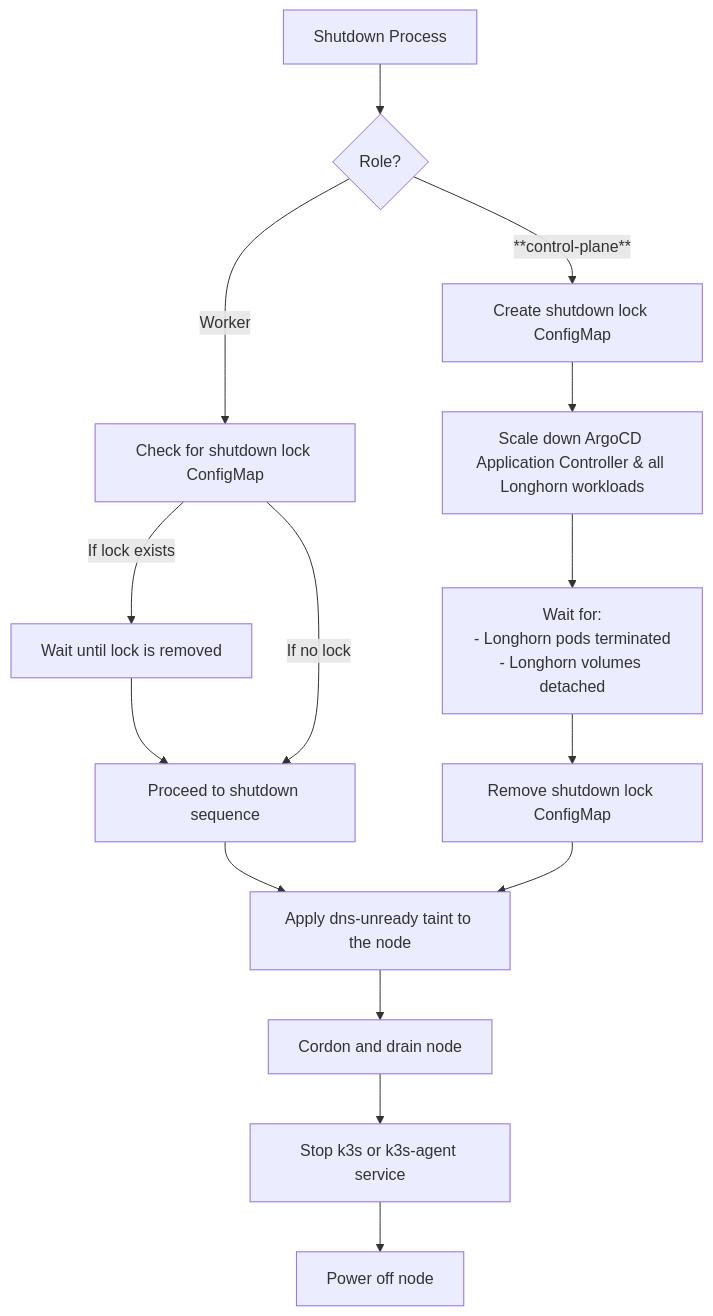
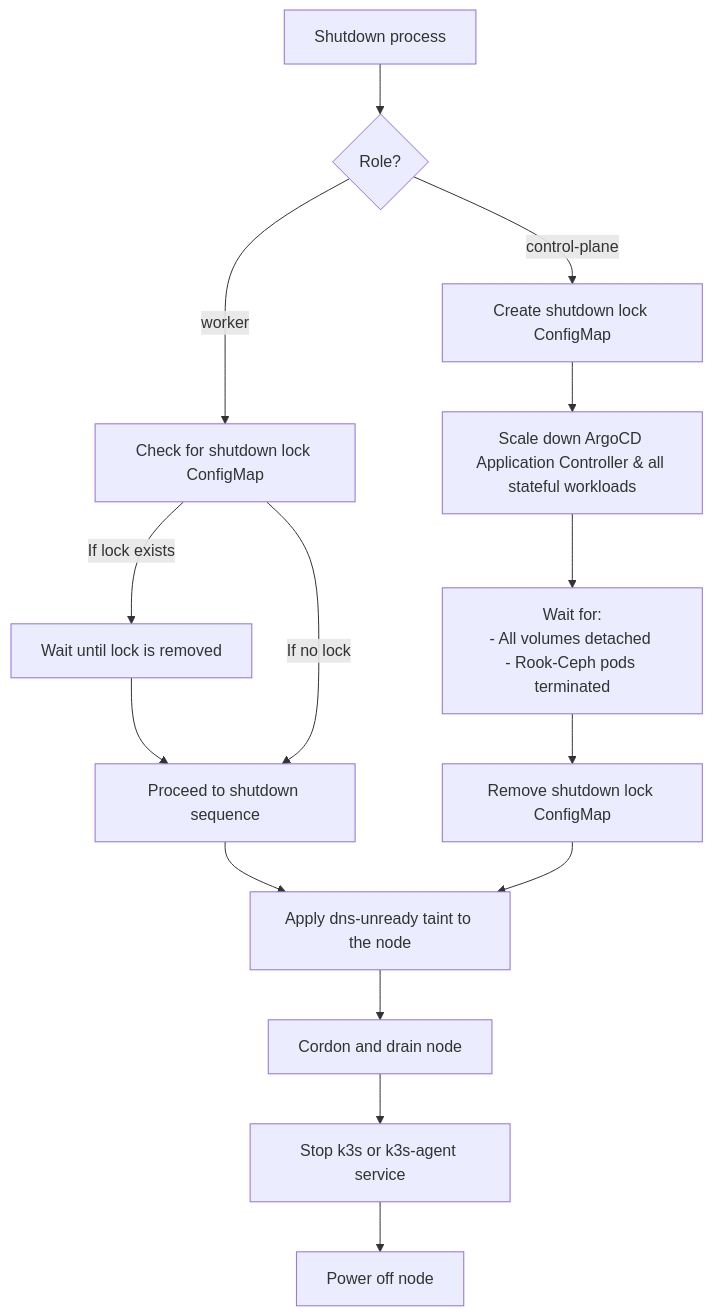
One commit to Schwitzd/IaC-HomeK3s changed the second of 3 diagrams in README.md. Above: the diagram before and after it, drawn with Mermaid. The commit also changed other lines of this file, not shown here.

Commit message:
completed Cluster shutdown & startup workflow and added aliases

````diff
--- a/README.md
+++ b/README.md
@@ -397,16 +397,16 @@
 ```mermaid
 flowchart TD
-  A[Shutdown Process] --> B{Role?}
-  B -- "**control-plane**" --> C[Create shutdown lock ConfigMap]
-  B -- "Worker" --> D[Check for shutdown lock ConfigMap]
+  A[Shutdown process] --> B{Role?}
+  B -- "control-plane" --> C[Create shutdown lock ConfigMap]
+  B -- "worker" --> D[Check for shutdown lock ConfigMap]
   D -- "If lock exists" --> E[Wait until lock is removed]
   E --> F[Proceed to shutdown sequence]
   D -- "If no lock" --> F
-  C --> G[Scale down ArgoCD Application Controller & all Longhorn workloads]
-  G --> H[Wait for:<br>- Longhorn pods terminated<br>- Longhorn volumes detached]
+  C --> G[Scale down ArgoCD Application Controller & all stateful workloads]
+  G --> H[Wait for:<br>- All volumes detached <br>- Rook-Ceph pods terminated]
   H --> I[Remove shutdown lock ConfigMap]
   F & I --> J1[Apply dns-unready taint to the node]
   J1 --> K[Cordon and drain node]
   K --> L[Stop k3s or k3s-agent service]
   L --> M[Power off node]
 ```
````
